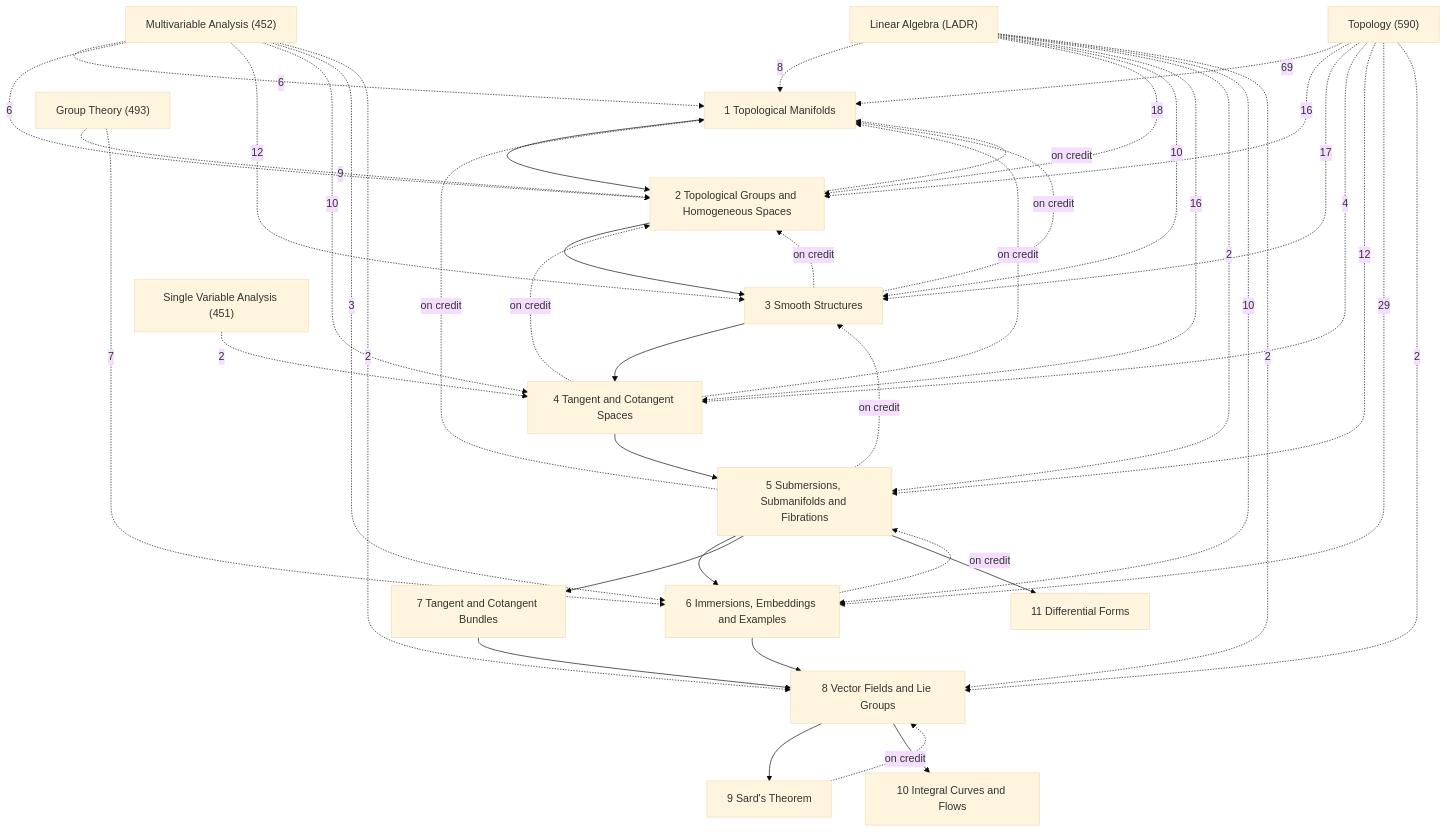
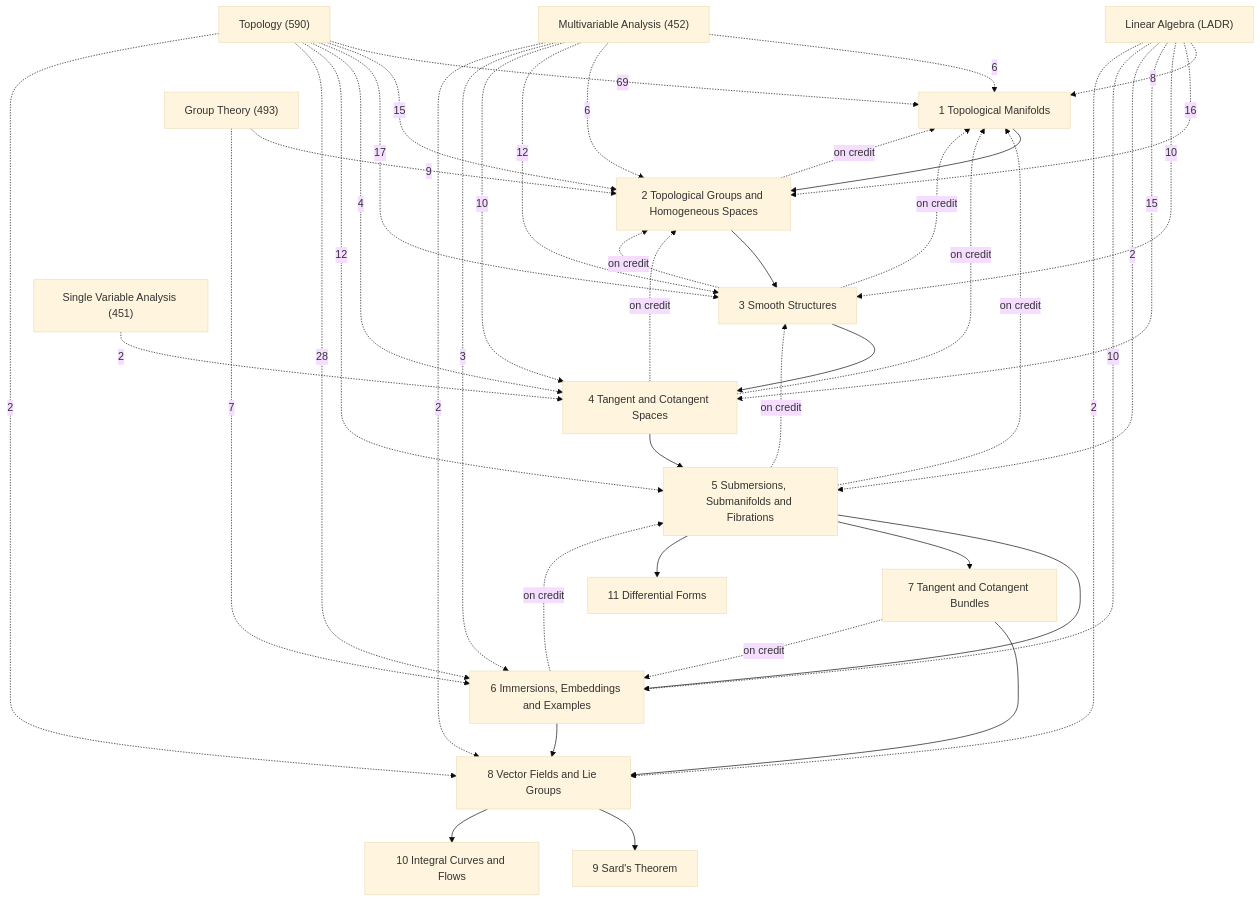
One commit to Onion20040508/notes changed the diagram in Math/Differentiable Manifolds/Differentiable Manifolds.md. Above: the diagram before and after it, drawn with Mermaid (base theme). The commit also changed other lines of this file and 141 other files, not shown here.

````diff
--- a/Math/Differentiable Manifolds/Differentiable Manifolds.md
+++ b/Math/Differentiable Manifolds/Differentiable Manifolds.md
@@ -27,62 +27,62 @@
 ```mermaid
 graph TD
   C1["1 Topological Manifolds"]
   C2["2 Topological Groups and Homogeneous Spaces"]
   C3["3 Smooth Structures"]
   C4["4 Tangent and Cotangent Spaces"]
   C5["5 Submersions, Submanifolds and Fibrations"]
   C6["6 Immersions, Embeddings and Examples"]
   C7["7 Tangent and Cotangent Bundles"]
   C8["8 Vector Fields and Lie Groups"]
   C9["9 Sard's Theorem"]
   C10["10 Integral Curves and Flows"]
   C11["11 Differential Forms"]
   X1["Topology (590)"]
   X2["Multivariable Analysis (452)"]
   X3["Linear Algebra (LADR)"]
   X4["Group Theory (493)"]
   X5["Single Variable Analysis (451)"]
   C1 --> C2
   C2 --> C3
   C3 --> C4
   C4 --> C5
   C5 --> C6
   C5 --> C7
   C5 --> C11
   C6 --> C8
   C7 --> C8
   C8 --> C9
   C8 --> C10
   C2 -.->|on credit| C1
   C3 -.->|on credit| C1
   C3 -.->|on credit| C2
   C4 -.->|on credit| C1
   C4 -.->|on credit| C2
   C5 -.->|on credit| C1
   C5 -.->|on credit| C3
   C6 -.->|on credit| C5
-  C9 -.->|on credit| C8
+  C7 -.->|on credit| C6
   X4 -.->|9| C2
   X4 -.->|7| C6
   X3 -.->|8| C1
-  X3 -.->|18| C2
+  X3 -.->|16| C2
   X3 -.->|10| C3
-  X3 -.->|16| C4
+  X3 -.->|15| C4
   X3 -.->|2| C5
   X3 -.->|10| C6
   X3 -.->|2| C8
   X2 -.->|6| C1
   X2 -.->|6| C2
   X2 -.->|12| C3
   X2 -.->|10| C4
   X2 -.->|3| C6
   X2 -.->|2| C8
   X5 -.->|2| C4
   X1 -.->|69| C1
-  X1 -.->|16| C2
+  X1 -.->|15| C2
   X1 -.->|17| C3
   X1 -.->|4| C4
   X1 -.->|12| C5
-  X1 -.->|29| C6
+  X1 -.->|28| C6
   X1 -.->|2| C8
 ```
````
